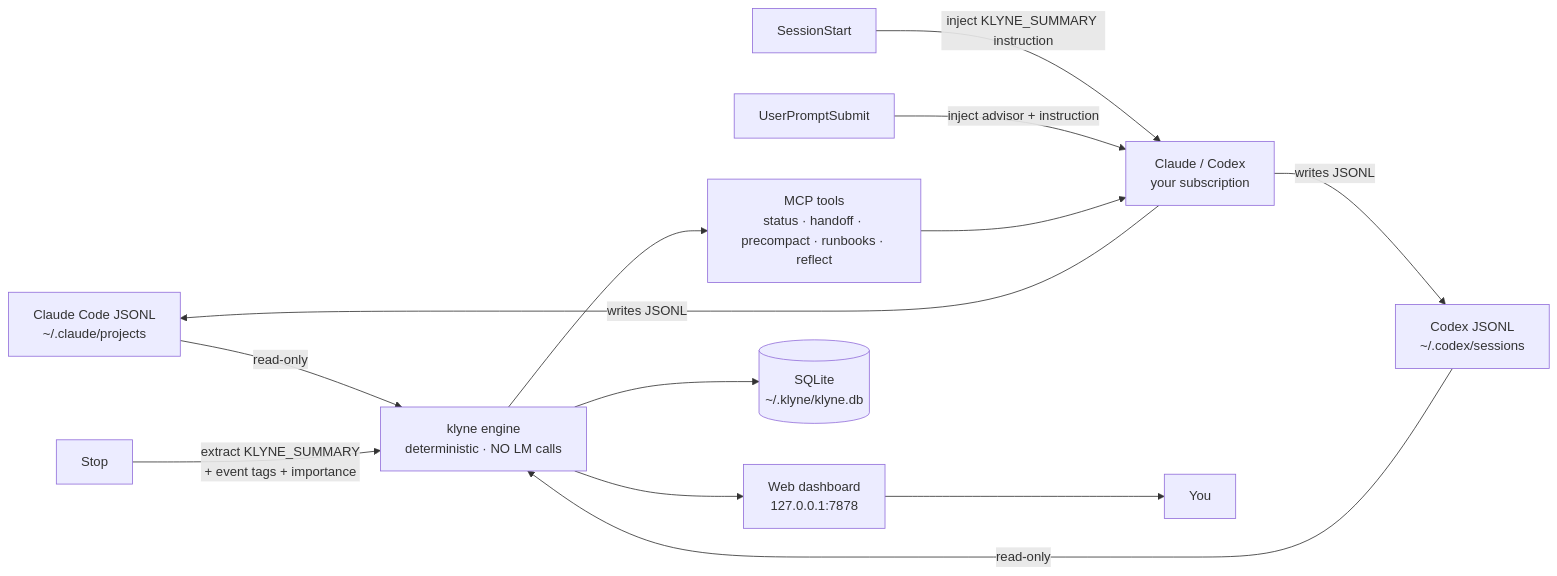
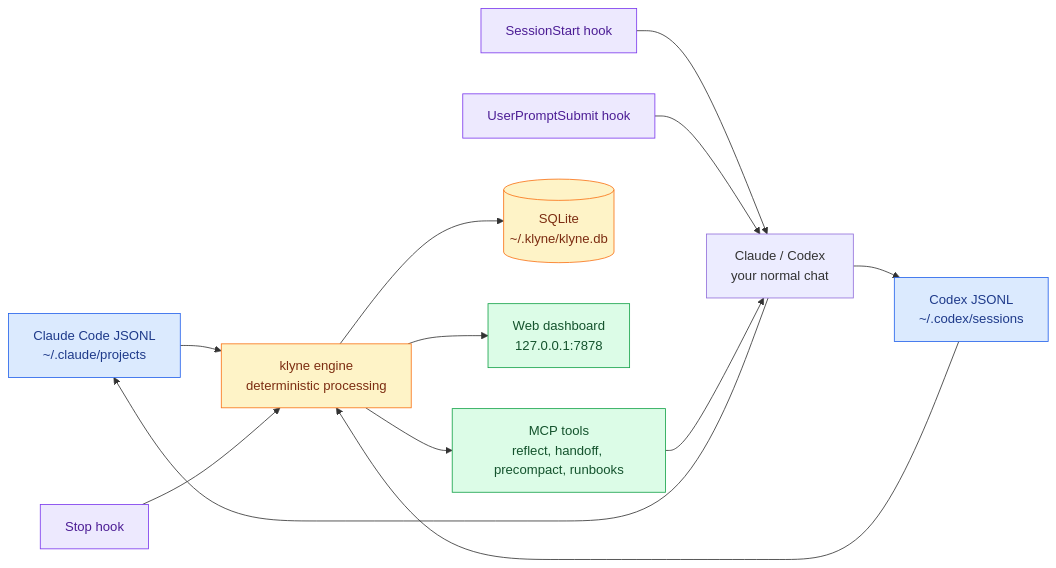
Before and after one commit to klyne-ai/klyne: the diagram in README.md, drawn with Mermaid. The commit also changed other lines of this file and 2 other files, not shown here.

````diff
--- a/README.md
+++ b/README.md
@@ -217,15 +93,23 @@
 ```mermaid
 flowchart LR
-  A["Claude Code JSONL<br/>~/.claude/projects"] -->|"read-only"| E["klyne engine<br/>deterministic · NO LM calls"]
-  B["Codex JSONL<br/>~/.codex/sessions"] -->|"read-only"| E
-  H1["SessionStart"] -->|"inject KLYNE_SUMMARY instruction"| C["Claude / Codex<br/>your subscription"]
-  H2["UserPromptSubmit"] -->|"inject advisor + instruction"| C
-  H3["Stop"] -->|"extract KLYNE_SUMMARY<br/>+ event tags + importance"| E
-  C -->|"writes JSONL"| A
-  C -->|"writes JSONL"| B
-  E --> M["MCP tools<br/>status · handoff · precompact · runbooks · reflect"]
-  E --> W["Web dashboard<br/>127.0.0.1:7878"]
-  E --> DB[("SQLite<br/>~/.klyne/klyne.db")]
-  M --> C
-  W --> U["You"]
+  Claude["Claude Code JSONL<br/>~/.claude/projects"] --> Engine
+  Codex["Codex JSONL<br/>~/.codex/sessions"] --> Engine
+  Start["SessionStart hook"] --> Chat["Claude / Codex<br/>your normal chat"]
+  Prompt["UserPromptSubmit hook"] --> Chat
+  Stop["Stop hook"] --> Engine["klyne engine<br/>deterministic processing"]
+  Chat --> Claude
+  Chat --> Codex
+  Engine --> DB[("SQLite<br/>~/.klyne/klyne.db")]
+  Engine --> Web["Web dashboard<br/>127.0.0.1:7878"]
+  Engine --> MCP["MCP tools<br/>reflect, handoff, precompact, runbooks"]
+  MCP --> Chat
+
+  classDef blue fill:#dbeafe,stroke:#2563eb,color:#1e3a8a
+  classDef purple fill:#ede9fe,stroke:#7c3aed,color:#4c1d95
+  classDef green fill:#dcfce7,stroke:#16a34a,color:#14532d
+  classDef amber fill:#fef3c7,stroke:#f97316,color:#7c2d12
+  class Claude,Codex blue
+  class Start,Prompt,Stop purple
+  class Engine,DB amber
+  class Web,MCP green
 ```
````
